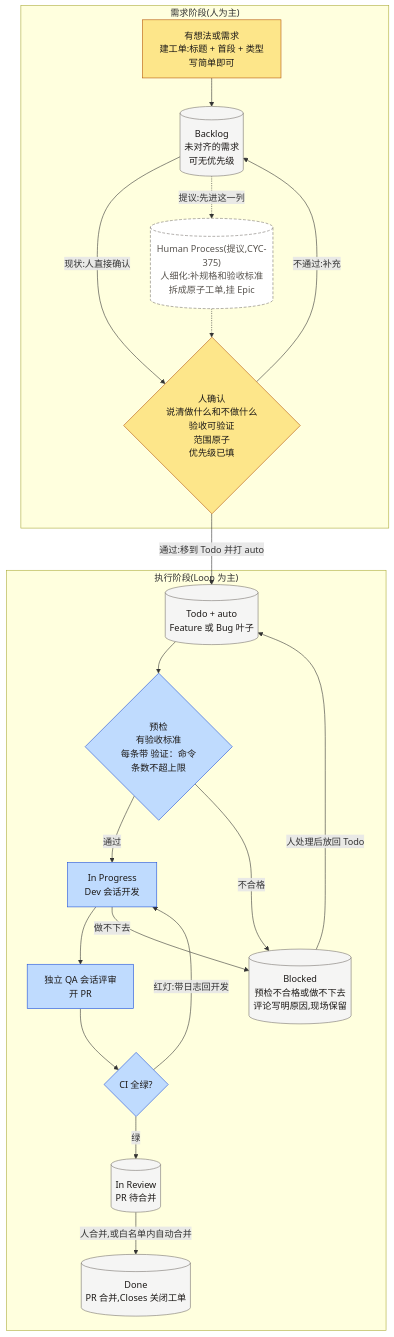
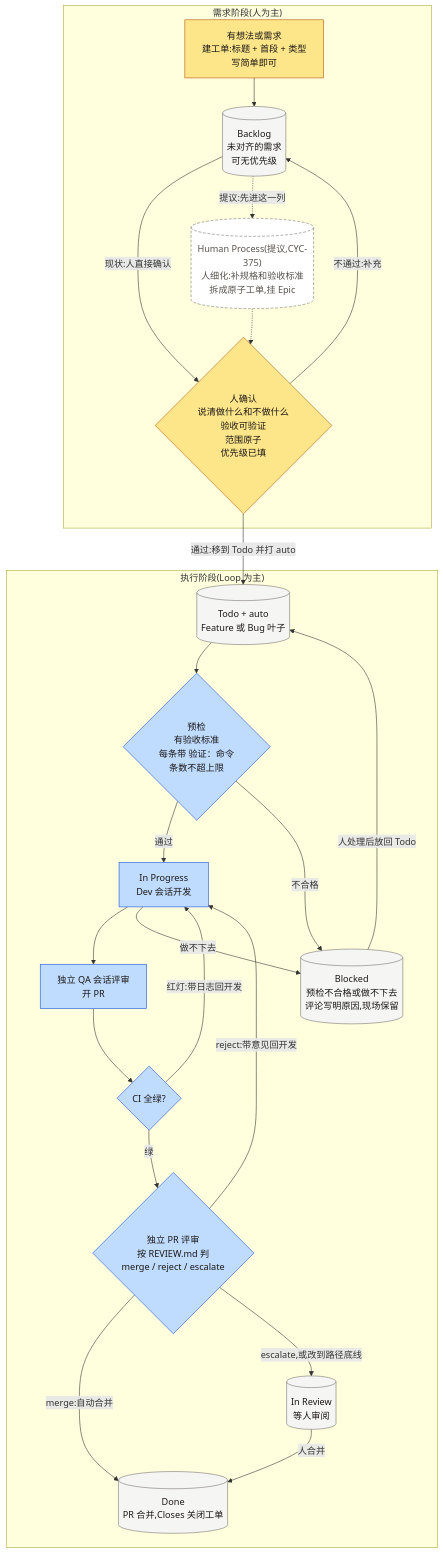
The diagram in .agents/skills/cycle-workflow/SKILL.md (OhMyJames/cycle), drawn with Mermaid before and after one commit. The commit also changed other lines of this file and 3 other files, not shown here.

````diff
--- a/.agents/skills/cycle-workflow/SKILL.md
+++ b/.agents/skills/cycle-workflow/SKILL.md
@@ -20,43 +20,47 @@
 ```mermaid
 flowchart TD
     classDef human fill:#fde68a,stroke:#b45309,color:#1c1917
     classDef loop fill:#bfdbfe,stroke:#1d4ed8,color:#1c1917
     classDef col fill:#f5f5f4,stroke:#78716c,color:#1c1917
     classDef plan fill:#fff,stroke:#78716c,stroke-dasharray:5 3,color:#57534e
 
     subgraph 需求["需求阶段(人为主)"]
         N["有想法或需求<br/>建工单:标题 + 首段 + 类型<br/>写简单即可"]:::human
         B[("Backlog<br/>未对齐的需求<br/>可无优先级")]:::col
         HP[("Human Process(提议,CYC-375)<br/>人细化:补规格和验收标准<br/>拆成原子工单,挂 Epic")]:::plan
         G{"人确认<br/>说清做什么和不做什么<br/>验收可验证<br/>范围原子<br/>优先级已填"}:::human
     end
 
     subgraph 执行["执行阶段(Loop 为主)"]
         T[("Todo + auto<br/>Feature 或 Bug 叶子")]:::col
         P{"预检<br/>有验收标准<br/>每条带 验证：命令<br/>条数不超上限"}:::loop
         D["In Progress<br/>Dev 会话开发"]:::loop
         R["独立 QA 会话评审<br/>开 PR"]:::loop
         CI{"CI 全绿?"}:::loop
-        IR[("In Review<br/>PR 待合并")]:::col
+        PR{"独立 PR 评审<br/>按 REVIEW.md 判<br/>merge / reject / escalate"}:::loop
+        IR[("In Review<br/>等人审阅")]:::col
         BL[("Blocked<br/>预检不合格或做不下去<br/>评论写明原因,现场保留")]:::col
         DN[("Done<br/>PR 合并,Closes 关闭工单")]:::col
     end
 
     N --> B
     B -->|"现状:人直接确认"| G
     B -.->|"提议:先进这一列"| HP
     HP -.-> G
     G -->|"通过:移到 Todo 并打 auto"| T
     G -->|"不通过:补充"| B
 
     T --> P
     P -->|"通过"| D
     P -->|"不合格"| BL
     D --> R
     R --> CI
     CI -->|"红灯:带日志回开发"| D
-    CI -->|"绿"| IR
-    IR -->|"人合并,或白名单内自动合并"| DN
+    CI -->|"绿"| PR
+    PR -->|"merge:自动合并"| DN
+    PR -->|"reject:带意见回开发"| D
+    PR -->|"escalate,或改到路径底线"| IR
+    IR -->|"人合并"| DN
     D -->|"做不下去"| BL
     BL -->|"人处理后放回 Todo"| T
 ```
````
